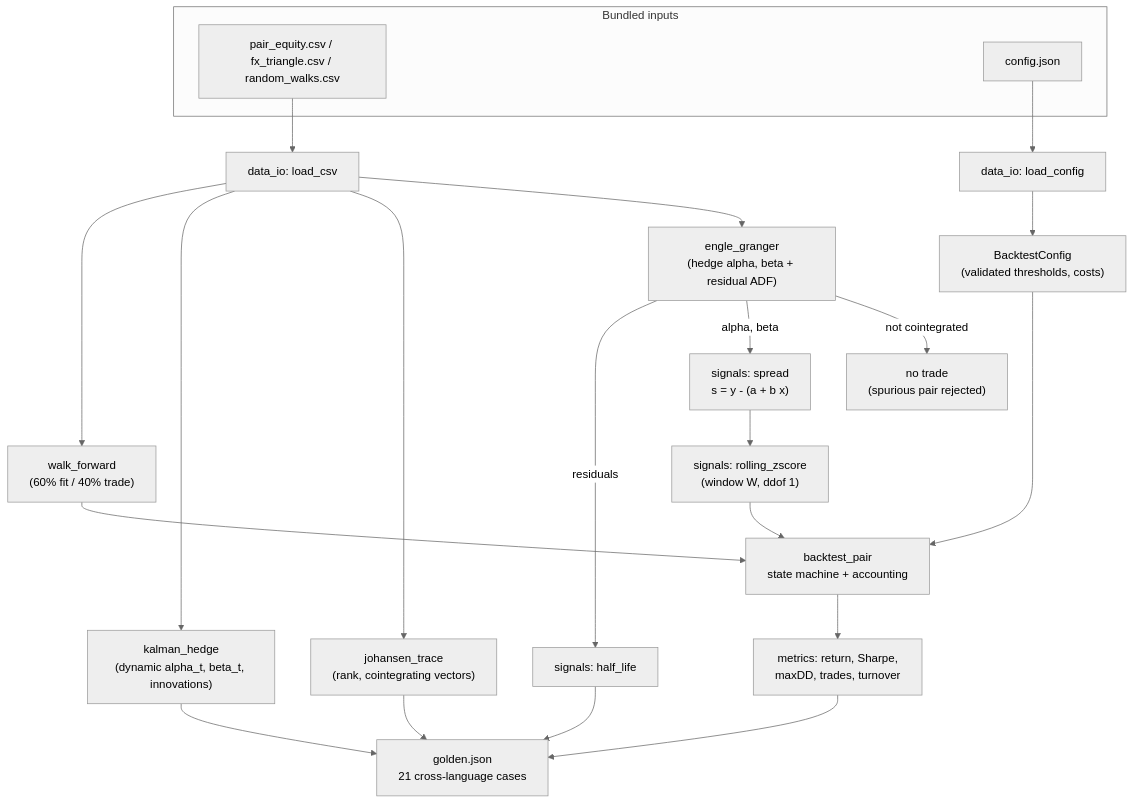
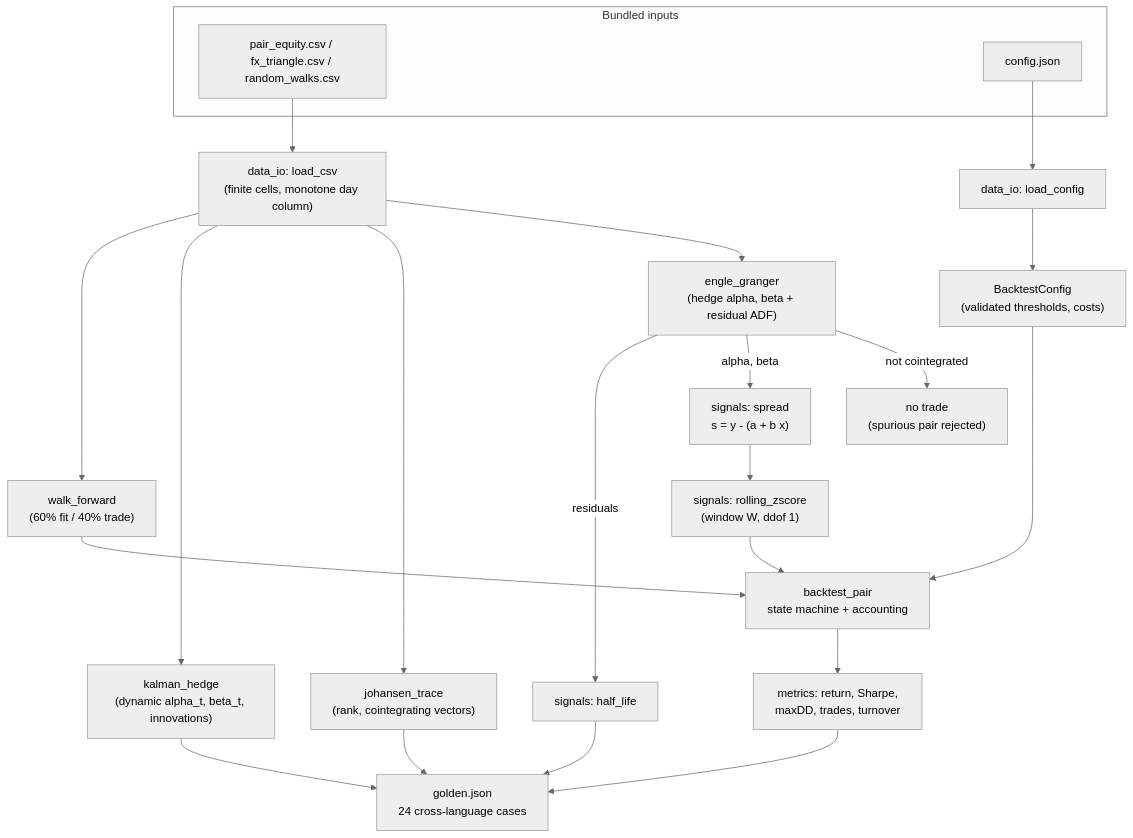
Before and after one commit to AshJha0/statistical-arbitrage: the diagram in docs/diagrams/dataflow.mmd, drawn with Mermaid (neutral theme). The commit also changed 77 other files, not shown here.

```diff
--- a/docs/diagrams/dataflow.mmd
+++ b/docs/diagrams/dataflow.mmd
@@ -1,24 +1,24 @@
 flowchart TD
     subgraph inputs [Bundled inputs]
         CSV["pair_equity.csv / fx_triangle.csv / random_walks.csv"]
         CFG["config.json"]
     end
-    CSV --> IO["data_io: load_csv"]
+    CSV --> IO["data_io: load_csv\n(finite cells, monotone day column)"]
     CFG --> IOC["data_io: load_config"]
     IO --> EG["engle_granger\n(hedge alpha, beta + residual ADF)"]
     IO --> JO["johansen_trace\n(rank, cointegrating vectors)"]
     IO --> KF["kalman_hedge\n(dynamic alpha_t, beta_t, innovations)"]
     EG -- "not cointegrated" --> STOPX["no trade\n(spurious pair rejected)"]
     EG -- "alpha, beta" --> SPR["signals: spread\ns = y - (a + b x)"]
     EG -- "residuals" --> HL["signals: half_life"]
     SPR --> Z["signals: rolling_zscore\n(window W, ddof 1)"]
     IOC --> BTCFG["BacktestConfig\n(validated thresholds, costs)"]
     Z --> BT["backtest_pair\nstate machine + accounting"]
     BTCFG --> BT
     BT --> MET["metrics: return, Sharpe,\nmaxDD, trades, turnover"]
     IO --> WF["walk_forward\n(60% fit / 40% trade)"]
     WF --> BT
-    MET --> GOLD["golden.json\n21 cross-language cases"]
+    MET --> GOLD["golden.json\n24 cross-language cases"]
     JO --> GOLD
     KF --> GOLD
     HL --> GOLD
```
